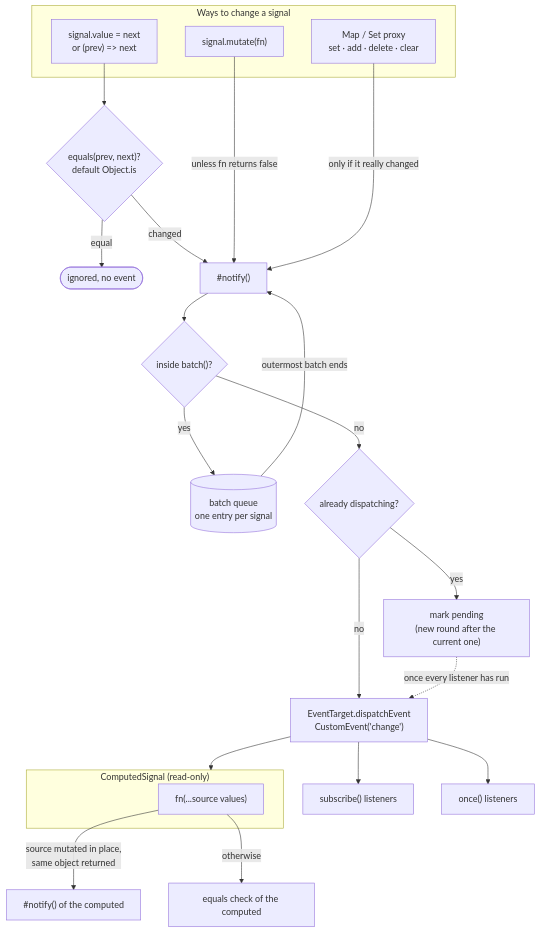
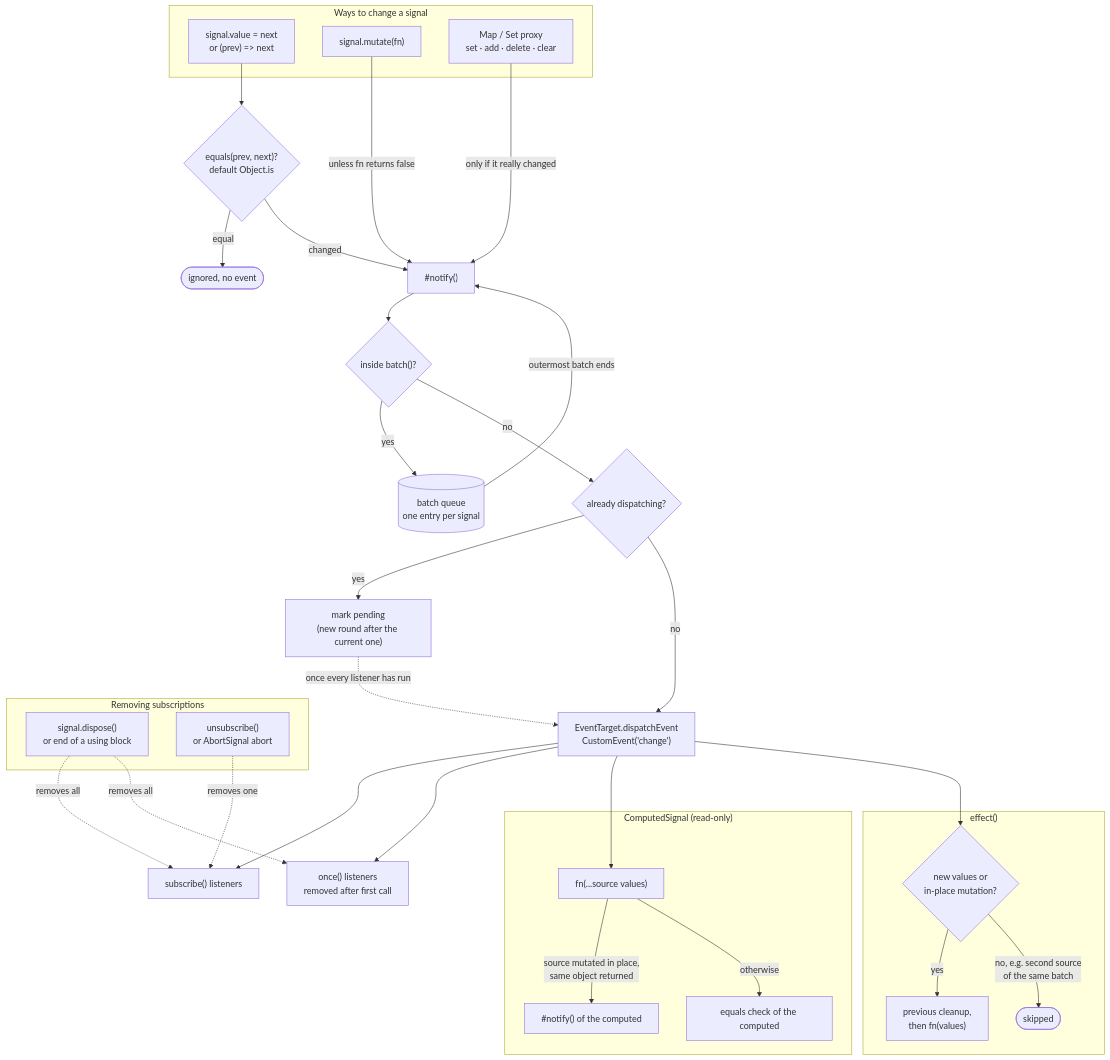
One commit to ElJijuna/SSignal changed the diagram in README.md. Above: the diagram before and after it, drawn with Mermaid. The commit also changed other lines of this file, not shown here.

Commit message:
docs: add effect() and teardown to the architecture diagram

````diff
--- a/README.md
+++ b/README.md
@@ -102,33 +102,48 @@
 ```mermaid
 flowchart TD
   subgraph writes["Ways to change a signal"]
     set["signal.value = next<br/>or (prev) => next"]
     mutate["signal.mutate(fn)"]
     coll["Map / Set proxy<br/>set · add · delete · clear"]
   end
 
   set --> equals{"equals(prev, next)?<br/>default Object.is"}
   equals -- "equal" --> skip(["ignored, no event"])
   equals -- "changed" --> notify
   mutate -- "unless fn returns false" --> notify
   coll -- "only if it really changed" --> notify
 
   notify["#notify()"] --> inBatch{"inside batch()?"}
   inBatch -- "yes" --> queue[("batch queue<br/>one entry per signal")]
   queue -- "outermost batch ends" --> notify
   inBatch -- "no" --> dispatching{"already dispatching?"}
   dispatching -- "yes" --> pending["mark pending<br/>(new round after the current one)"]
   dispatching -- "no" --> dispatch["EventTarget.dispatchEvent<br/>CustomEvent('change')"]
   pending -. "once every listener has run" .-> dispatch
 
   dispatch --> subscribe["subscribe() listeners"]
-  dispatch --> once["once() listeners"]
-  dispatch --> computed
+  dispatch --> once["once() listeners<br/>removed after first call"]
+  dispatch --> recompute
+  dispatch --> changed
 
   subgraph computed["ComputedSignal (read-only)"]
     recompute["fn(...source values)"]
+    recompute -- "source mutated in place,<br/>same object returned" --> notify2["#notify() of the computed"]
+    recompute -- "otherwise" --> equals2["equals check of the computed"]
   end
 
-  recompute -- "source mutated in place,<br/>same object returned" --> notify2["#notify() of the computed"]
-  recompute -- "otherwise" --> equals2["equals check of the computed"]
+  subgraph effects["effect()"]
+    changed{"new values or<br/>in-place mutation?"}
+    changed -- "yes" --> rerun["previous cleanup,<br/>then fn(values)"]
+    changed -- "no, e.g. second source<br/>of the same batch" --> noRun(["skipped"])
+  end
+
+  subgraph teardown["Removing subscriptions"]
+    disposeAll["signal.dispose()<br/>or end of a using block"]
+    single["unsubscribe()<br/>or AbortSignal abort"]
+  end
+
+  disposeAll -. "removes all" .-> subscribe
+  disposeAll -. "removes all" .-> once
+  single -. "removes one" .-> subscribe
 ```
````
